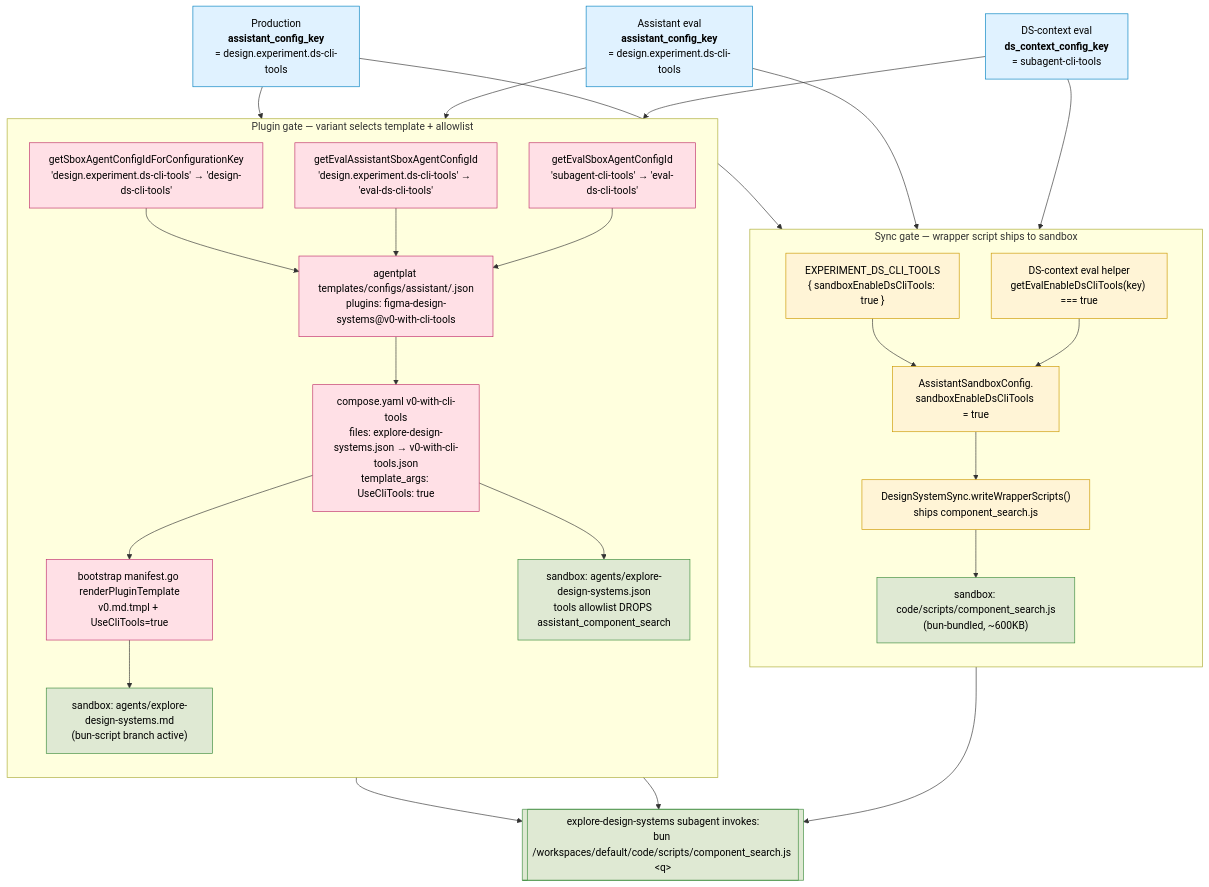
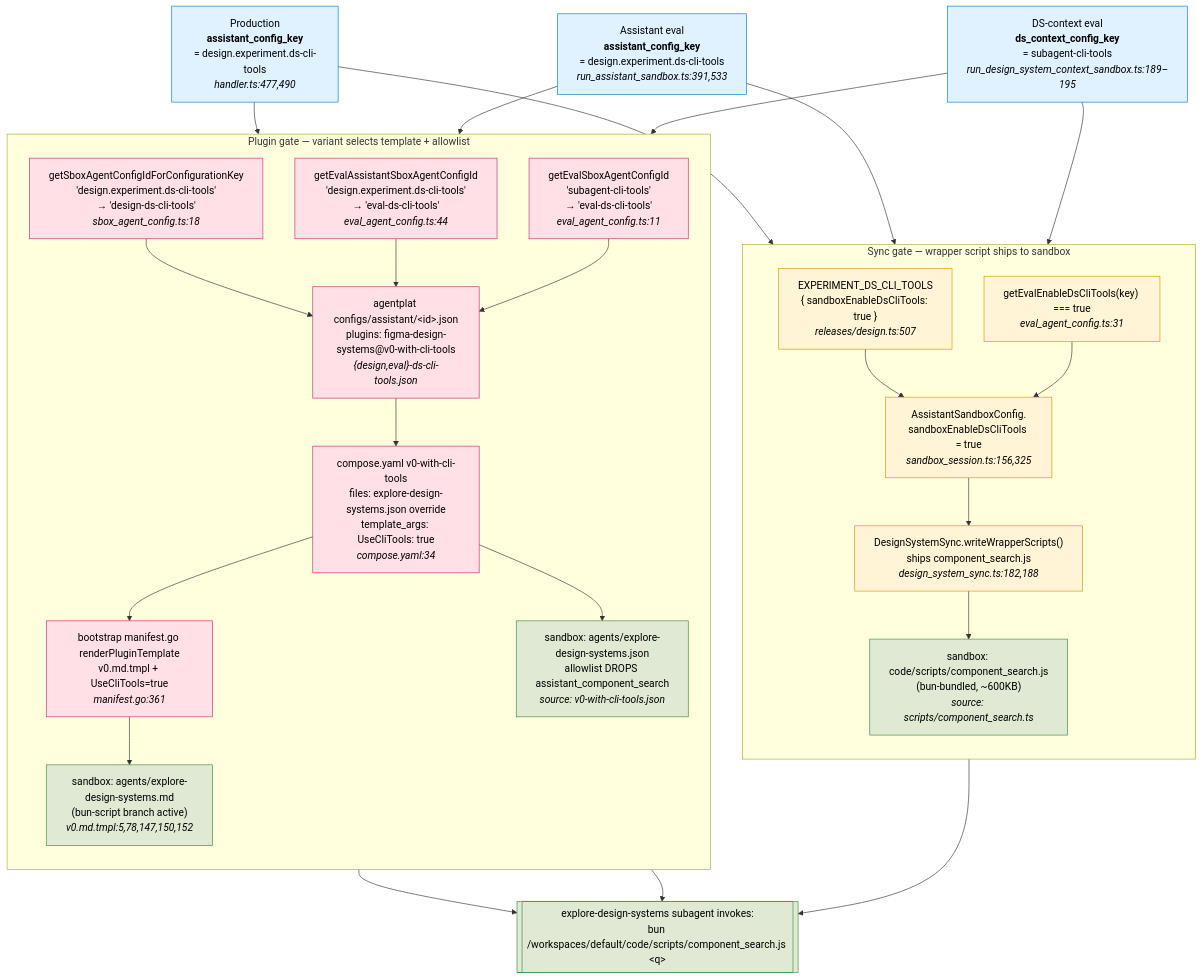
The diagram in architecture-diagrams/1777504459-ds-cli-tools-config-flow.md (skenny-figma/skenny-agent-config), drawn with Mermaid before and after one commit. The commit also changed other lines of this file, not shown here.

Commit message:
diagram: add file:line pointers to ds-cli-tools config-flow nodes

````diff
--- a/architecture-diagrams/1777504459-ds-cli-tools-config-flow.md
+++ b/architecture-diagrams/1777504459-ds-cli-tools-config-flow.md
@@ -22,63 +25,62 @@
 ```mermaid
 flowchart TD
   classDef entry fill:#e0f2ff,stroke:#0080c0,color:#000
   classDef syncGate fill:#fff4d6,stroke:#cc9900,color:#000
   classDef pluginGate fill:#ffe0e6,stroke:#c0306b,color:#000
   classDef terminal fill:#dfe9d3,stroke:#3c8c3c,color:#000
-  classDef file fill:#f5f5f5,stroke:#888,color:#000,font-style:italic
 
   %% =============== Entry points ===============
-  PROD["Production<br/><b>assistant_config_key</b><br/>= design.experiment.ds-cli-tools"]:::entry
-  AEVAL["Assistant eval<br/><b>assistant_config_key</b><br/>= design.experiment.ds-cli-tools"]:::entry
-  DSEVAL["DS-context eval<br/><b>ds_context_config_key</b><br/>= subagent-cli-tools"]:::entry
+  PROD["Production<br/><b>assistant_config_key</b><br/>= design.experiment.ds-cli-tools<br/><i>handler.ts:477,490</i>"]:::entry
+  AEVAL["Assistant eval<br/><b>assistant_config_key</b><br/>= design.experiment.ds-cli-tools<br/><i>run_assistant_sandbox.ts:391,533</i>"]:::entry
+  DSEVAL["DS-context eval<br/><b>ds_context_config_key</b><br/>= subagent-cli-tools<br/><i>run_design_system_context_sandbox.ts:189–195</i>"]:::entry
 
   %% =============== Sync gate (left column) ===============
   subgraph SYNC[" Sync gate — wrapper script ships to sandbox "]
     direction TB
-    EXP["EXPERIMENT_DS_CLI_TOOLS<br/>{ sandboxEnableDsCliTools: true }"]
-    SUBOPT["DS-context eval helper<br/>getEvalEnableDsCliTools(key) === true"]
-    BUILDCFG["AssistantSandboxConfig.<br/>sandboxEnableDsCliTools = true"]
-    SYNCFN["DesignSystemSync.writeWrapperScripts()<br/>ships component_search.js"]
-    BUNDLE["sandbox: code/scripts/component_search.js<br/>(bun-bundled, ~600KB)"]:::terminal
+    EXP["EXPERIMENT_DS_CLI_TOOLS<br/>{ sandboxEnableDsCliTools: true }<br/><i>releases/design.ts:507</i>"]
+    SUBOPT["getEvalEnableDsCliTools(key) === true<br/><i>eval_agent_config.ts:31</i>"]
+    BUILDCFG["AssistantSandboxConfig.<br/>sandboxEnableDsCliTools = true<br/><i>sandbox_session.ts:156,325</i>"]
+    SYNCFN["DesignSystemSync.writeWrapperScripts()<br/>ships component_search.js<br/><i>design_system_sync.ts:182,188</i>"]
+    BUNDLE["sandbox: code/scripts/component_search.js<br/>(bun-bundled, ~600KB)<br/><i>source: scripts/component_search.ts</i>"]:::terminal
     EXP --> BUILDCFG
     SUBOPT --> BUILDCFG
     BUILDCFG --> SYNCFN --> BUNDLE
   end
 
   %% =============== Plugin gate (right column) ===============
   subgraph PLUG[" Plugin gate — variant selects template + allowlist "]
     direction TB
-    PRODMAP["getSboxAgentConfigIdForConfigurationKey<br/>'design.experiment.ds-cli-tools' → 'design-ds-cli-tools'"]
-    EVALAMAP["getEvalAssistantSboxAgentConfigId<br/>'design.experiment.ds-cli-tools' → 'eval-ds-cli-tools'"]
-    EVALDMAP["getEvalSboxAgentConfigId<br/>'subagent-cli-tools' → 'eval-ds-cli-tools'"]
-    AGENTJSON["agentplat templates/configs/assistant/<id>.json<br/>plugins: figma-design-systems@v0-with-cli-tools"]
-    COMPOSE["compose.yaml v0-with-cli-tools<br/>files: explore-design-systems.json → v0-with-cli-tools.json<br/>template_args: UseCliTools: true"]
-    RENDER["bootstrap manifest.go renderPluginTemplate<br/>v0.md.tmpl + UseCliTools=true"]
-    PROMPT["sandbox: agents/explore-design-systems.md<br/>(bun-script branch active)"]:::terminal
-    ALLOW["sandbox: agents/explore-design-systems.json<br/>tools allowlist DROPS assistant_component_search"]:::terminal
+    PRODMAP["getSboxAgentConfigIdForConfigurationKey<br/>'design.experiment.ds-cli-tools'<br/>→ 'design-ds-cli-tools'<br/><i>sbox_agent_config.ts:18</i>"]
+    EVALAMAP["getEvalAssistantSboxAgentConfigId<br/>'design.experiment.ds-cli-tools'<br/>→ 'eval-ds-cli-tools'<br/><i>eval_agent_config.ts:44</i>"]
+    EVALDMAP["getEvalSboxAgentConfigId<br/>'subagent-cli-tools'<br/>→ 'eval-ds-cli-tools'<br/><i>eval_agent_config.ts:11</i>"]
+    AGENTJSON["agentplat configs/assistant/&lt;id&gt;.json<br/>plugins: figma-design-systems@v0-with-cli-tools<br/><i>{design,eval}-ds-cli-tools.json</i>"]
+    COMPOSE["compose.yaml v0-with-cli-tools<br/>files: explore-design-systems.json override<br/>template_args: UseCliTools: true<br/><i>compose.yaml:34</i>"]
+    RENDER["bootstrap manifest.go renderPluginTemplate<br/>v0.md.tmpl + UseCliTools=true<br/><i>manifest.go:361</i>"]
+    PROMPT["sandbox: agents/explore-design-systems.md<br/>(bun-script branch active)<br/><i>v0.md.tmpl:5,78,147,150,152</i>"]:::terminal
+    ALLOW["sandbox: agents/explore-design-systems.json<br/>allowlist DROPS assistant_component_search<br/><i>source: v0-with-cli-tools.json</i>"]:::terminal
     PRODMAP --> AGENTJSON
     EVALAMAP --> AGENTJSON
     EVALDMAP --> AGENTJSON
     AGENTJSON --> COMPOSE
     COMPOSE --> RENDER --> PROMPT
     COMPOSE --> ALLOW
   end
 
   %% =============== Wiring entry → gates ===============
   PROD --> EXP
   PROD --> PRODMAP
   AEVAL --> EXP
   AEVAL --> EVALAMAP
   DSEVAL --> SUBOPT
   DSEVAL --> EVALDMAP
 
   %% =============== Terminal behavior ===============
   AGENT[["explore-design-systems subagent invokes:<br/>bun /workspaces/default/code/scripts/component_search.js &lt;q&gt;"]]:::terminal
   BUNDLE --> AGENT
   PROMPT --> AGENT
   ALLOW --> AGENT
 
   %% =============== Class assignments ===============
   class EXP,SUBOPT,BUILDCFG,SYNCFN syncGate
   class PRODMAP,EVALAMAP,EVALDMAP,AGENTJSON,COMPOSE,RENDER pluginGate
 ```
````
